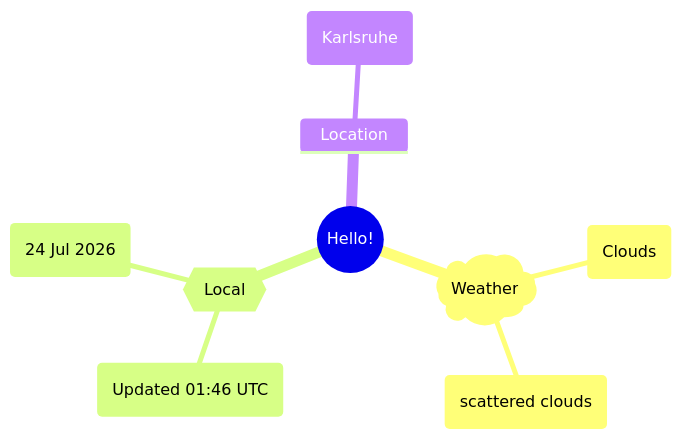
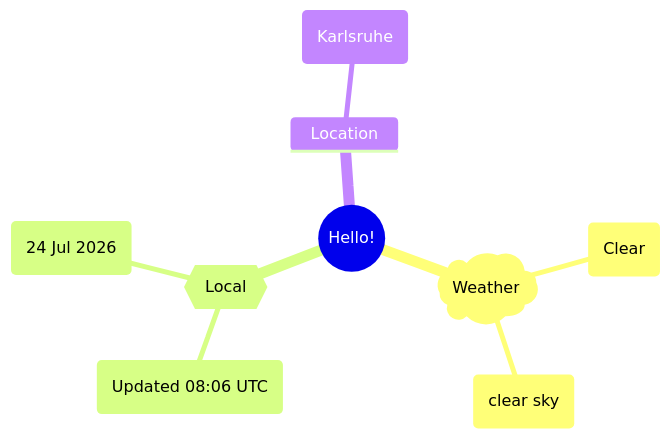
One commit to Xosrov/Xosrov changed the first of 2 diagrams in README.md. Above: the diagram before and after it, drawn with Mermaid.

Commit message:
[bot] updated images

````diff
--- a/README.md
+++ b/README.md
@@ -3,12 +3,12 @@
 ```mermaid
 mindmap
   root((Hello!))
     )Weather(
-        (Clouds)
-        (scattered clouds)
+        (Clear)
+        (clear sky)
     {{Local}}
-        (Updated 01:46 UTC)
+        (Updated 08:06 UTC)
         (24 Jul 2026)
     Location
         (Karlsruhe)
 ```
````
